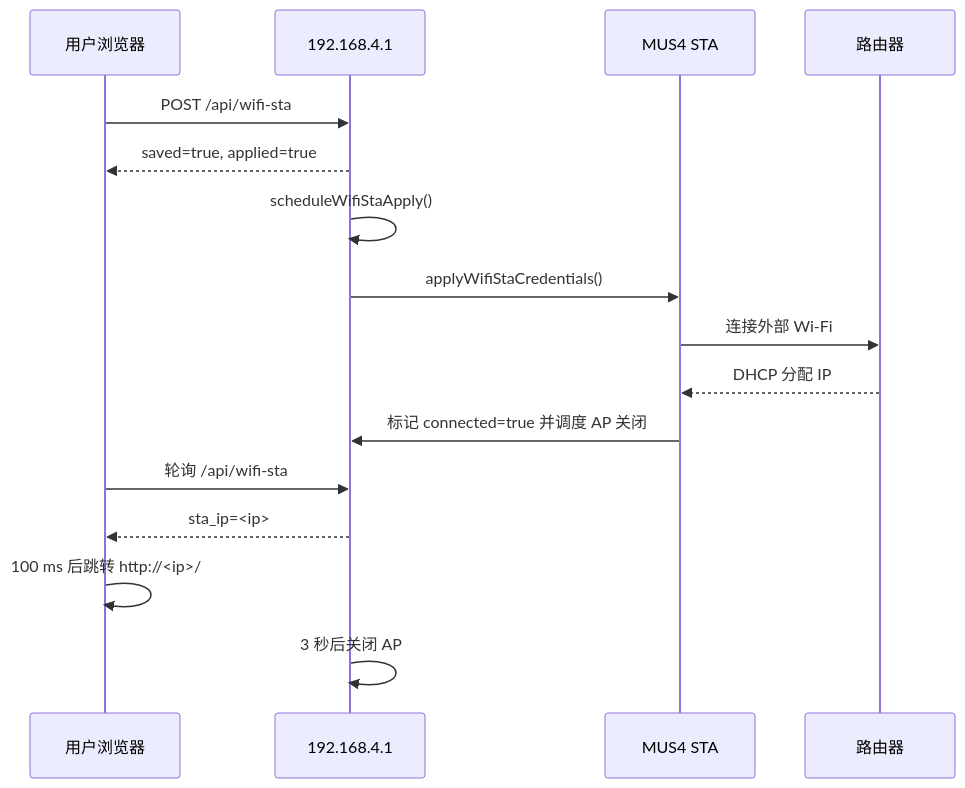
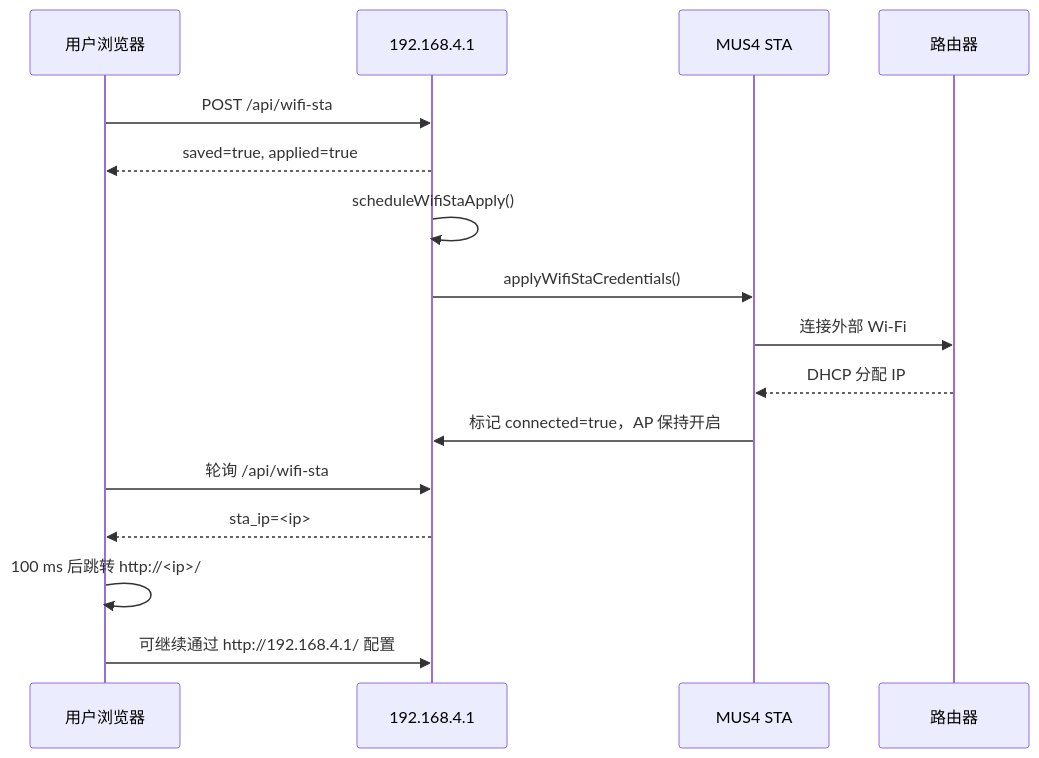
The third of 5 diagrams in Doc/Inspect/wifi-ap-sta-lifecycle-inspection.md (DonkeyDrift/Firmware), drawn with Mermaid before and after one commit. The commit also changed other lines of this file and 4 other files, not shown here.

````diff
--- a/Doc/Inspect/wifi-ap-sta-lifecycle-inspection.md
+++ b/Doc/Inspect/wifi-ap-sta-lifecycle-inspection.md
@@ -492,19 +470,19 @@
 ```mermaid
 sequenceDiagram
     participant U as 用户浏览器
     participant AP as 192.168.4.1
     participant STA as MUS4 STA
     participant R as 路由器
 
     U->>AP: POST /api/wifi-sta
     AP-->>U: saved=true, applied=true
     AP->>AP: scheduleWifiStaApply()
     AP->>STA: applyWifiStaCredentials()
     STA->>R: 连接外部 Wi-Fi
     R-->>STA: DHCP 分配 IP
-    STA->>AP: 标记 connected=true 并调度 AP 关闭
+    STA->>AP: 标记 connected=true，AP 保持开启
     U->>AP: 轮询 /api/wifi-sta
     AP-->>U: sta_ip=<ip>
     U->>U: 100 ms 后跳转 http://<ip>/
-    AP->>AP: 3 秒后关闭 AP
+    U->>AP: 可继续通过 http://192.168.4.1/ 配置
 ```
````
